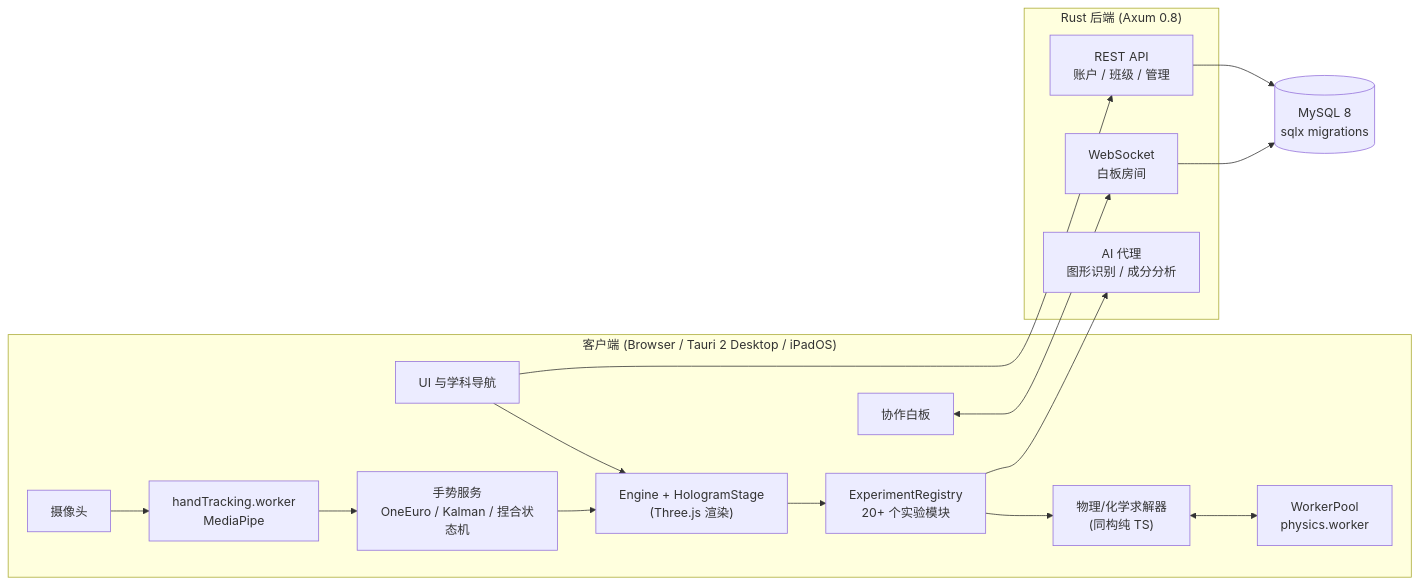
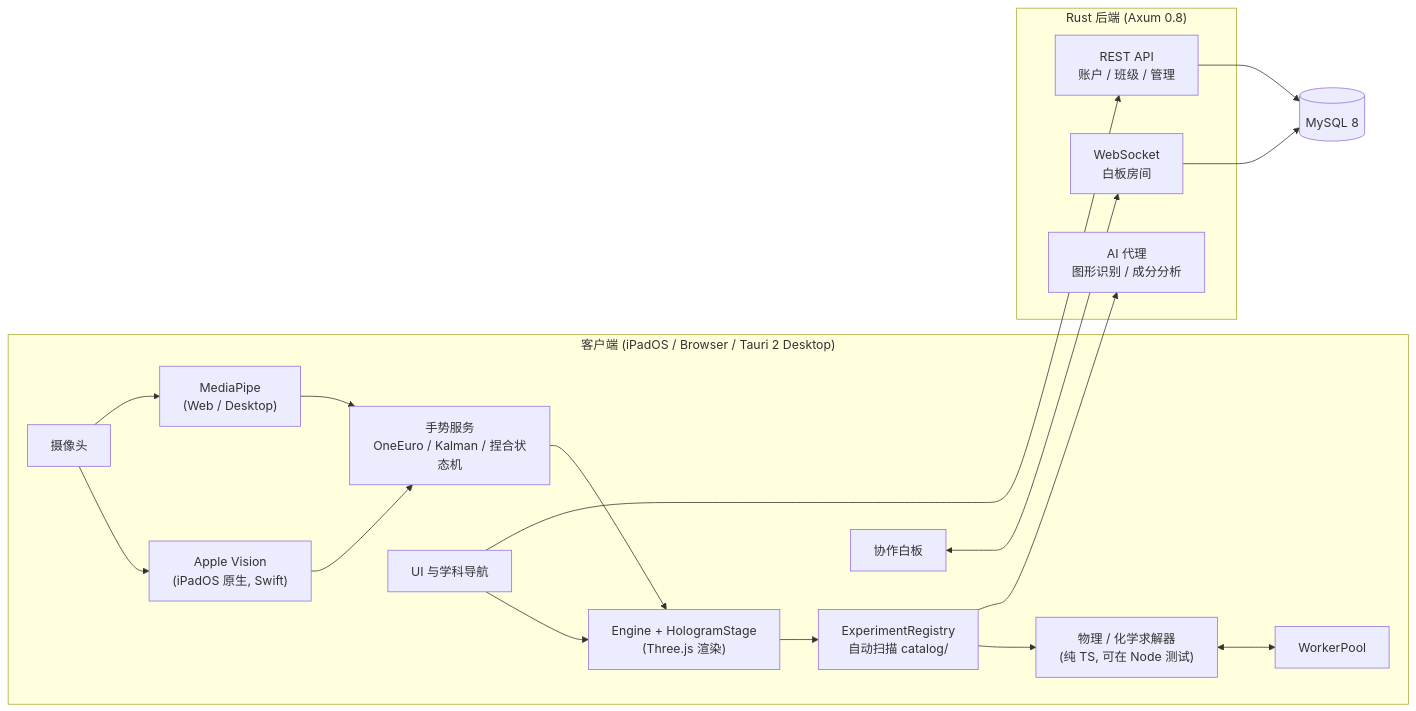
Before and after one commit to SenorPink0487/HoloGrip-Beta: the diagram in README.md, drawn with Mermaid. The commit also changed other lines of this file and 2 other files, not shown here.

````diff
--- a/README.md
+++ b/README.md
@@ -74,22 +86,26 @@
 ```mermaid
 flowchart LR
-  subgraph Client["客户端 (Browser / Tauri 2 Desktop / iPadOS)"]
-    UI["UI 与学科导航"] --> Engine["Engine + HologramStage<br/>(Three.js 渲染)"]
-    Engine --> Registry["ExperimentRegistry<br/>20+ 个实验模块"]
-    Registry --> Physics["物理/化学求解器<br/>(同构纯 TS)"]
-    Physics <--> Pool["WorkerPool<br/>physics.worker"]
-    Cam["摄像头"] --> HT["handTracking.worker<br/>MediaPipe"] --> Gesture["手势服务<br/>OneEuro / Kalman / 捏合状态机"] --> Engine
+  subgraph Client["客户端 (iPadOS / Browser / Tauri 2 Desktop)"]
+    Cam["摄像头"] --> AV["Apple Vision<br/>(iPadOS 原生, Swift)"]
+    Cam --> MP["MediaPipe<br/>(Web / Desktop)"]
+    AV --> Gesture["手势服务<br/>OneEuro / Kalman / 捏合状态机"]
+    MP --> Gesture
+    Gesture --> Engine["Engine + HologramStage<br/>(Three.js 渲染)"]
+    UI["UI 与学科导航"] --> Engine
+    Engine --> Registry["ExperimentRegistry<br/>自动扫描 catalog/"]
+    Registry --> Solver["物理 / 化学求解器<br/>(纯 TS, 可在 Node 测试)"]
+    Solver <--> Pool["WorkerPool"]
     WB["协作白板"]
   end
   subgraph Server["Rust 后端 (Axum 0.8)"]
     API["REST API<br/>账户 / 班级 / 管理"]
     WS["WebSocket<br/>白板房间"]
     AI["AI 代理<br/>图形识别 / 成分分析"]
   end
-  DB[("MySQL 8<br/>sqlx migrations")]
+  DB[("MySQL 8")]
   UI --> API
   WB <--> WS
   Registry --> AI
   API --> DB
   WS --> DB
 ```
````
